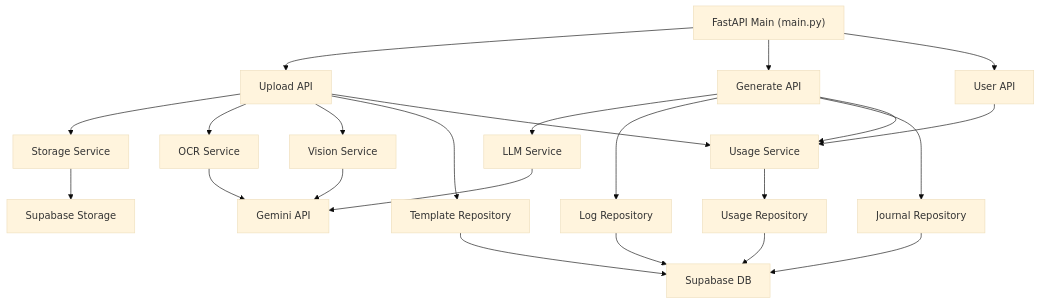
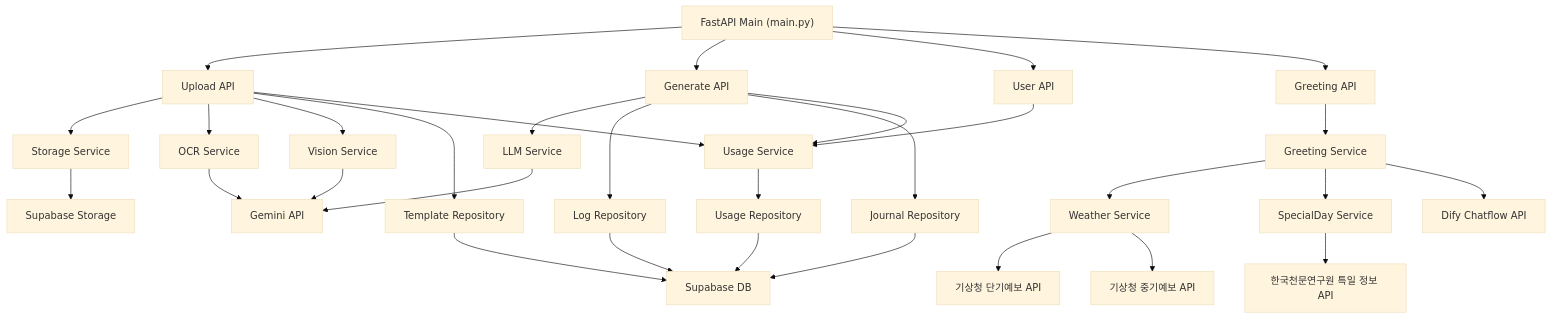
The diagram in nuri-gpt-backend/docs/ARCHITECTURE.md (vodqar/Nuri-GPT), drawn with Mermaid (base theme) before and after one commit. The commit also changed other lines of this file and 7 other files, not shown here.

First line of the commit message:
docs: update architecture, API reference, and add incident reports

````diff
--- a/nuri-gpt-backend/docs/ARCHITECTURE.md
+++ b/nuri-gpt-backend/docs/ARCHITECTURE.md
@@ -16,30 +16,39 @@
 ```mermaid
 graph TD
     A["FastAPI Main (main.py)"] --> B["Upload API"]
     A --> C["Generate API"]
     A --> D["User API"]
+    A --> R["Greeting API"]
 
     B --> E["Storage Service"]
     B --> F["OCR Service"]
     B --> G["Vision Service"]
     B --> H["Template Repository"]
     B --> P["Usage Service"]
 
     C --> I["LLM Service"]
     C --> J["Log Repository"]
     C --> K["Journal Repository"]
     C --> P
 
     D --> P
 
     P --> Q["Usage Repository"]
 
+    R --> S["Greeting Service"]
+    S --> T["Weather Service"]
+    S --> X["SpecialDay Service"]
+    S --> U[Dify Chatflow API]
+    T --> V[기상청 단기예보 API]
+    T --> W[기상청 중기예보 API]
+    X --> Y[한국천문연구원 특일 정보 API]
+
     E --> L[Supabase Storage]
     F --> M[Gemini API]
     G --> M
     I --> M
     H --> O[Supabase DB]
     J --> O
     K --> O
     Q --> O
 ```
````
